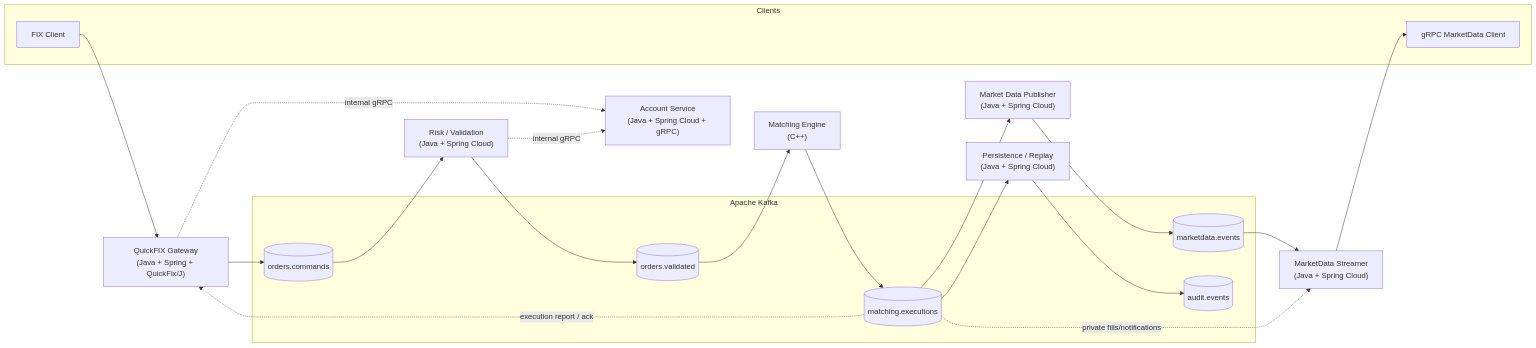
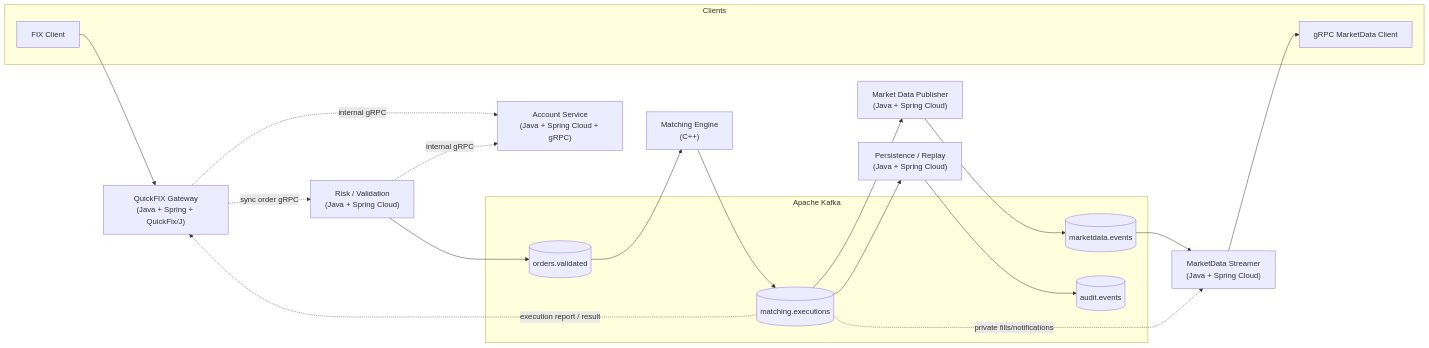
The diagram in README.md (WenHsuanYu/SimpleMatch), drawn with Mermaid before and after one commit. The commit also changed other lines of this file, not shown here.

````diff
--- a/README.md
+++ b/README.md
@@ -49,42 +49,43 @@
 ```mermaid
 flowchart LR
   subgraph Clients
     C2[FIX Client]
     C3[gRPC MarketData Client]
   end
 
   FG["QuickFIX Gateway\n(Java + Spring + QuickFix/J)"]
   MS["MarketData Streamer\n(Java + Spring Cloud)"]
   AS["Account Service\n(Java + Spring Cloud + gRPC)"]
 
   subgraph Kafka[Apache Kafka]
-    T1[(orders.commands)]
     T2[(orders.validated)]
     T3[(matching.executions)]
     T4[(marketdata.events)]
     T5[(audit.events)]
   end
 
   RS["Risk / Validation\n(Java + Spring Cloud)"]
   ME["Matching Engine\n(C++)"]
   PS["Persistence / Replay\n(Java + Spring Cloud)"]
   MD["Market Data Publisher\n(Java + Spring Cloud)"]
 
-  %% Data plane (Kafka)
-  C2 --> FG --> T1
+  %% Ingress
+  C2 --> FG
   MS --> C3
 
   %% Control/query plane (gRPC)
+  FG -. sync order gRPC .-> RS
   FG -. internal gRPC .-> AS
   RS -. internal gRPC .-> AS
 
-  T1 --> RS --> T2
+  %% Data plane (Kafka)
+  RS --> T2
   T2 --> ME --> T3
   T3 --> PS --> T5
   T3 --> MD --> T4
   T4 --> MS
   T3 -. private fills/notifications .-> MS
 
-  %% optional feedback to clients
-  T3 -. execution report / ack .-> FG
+  %% feedback to clients
+  T3 -. execution report / result .-> FG
 ```
````
